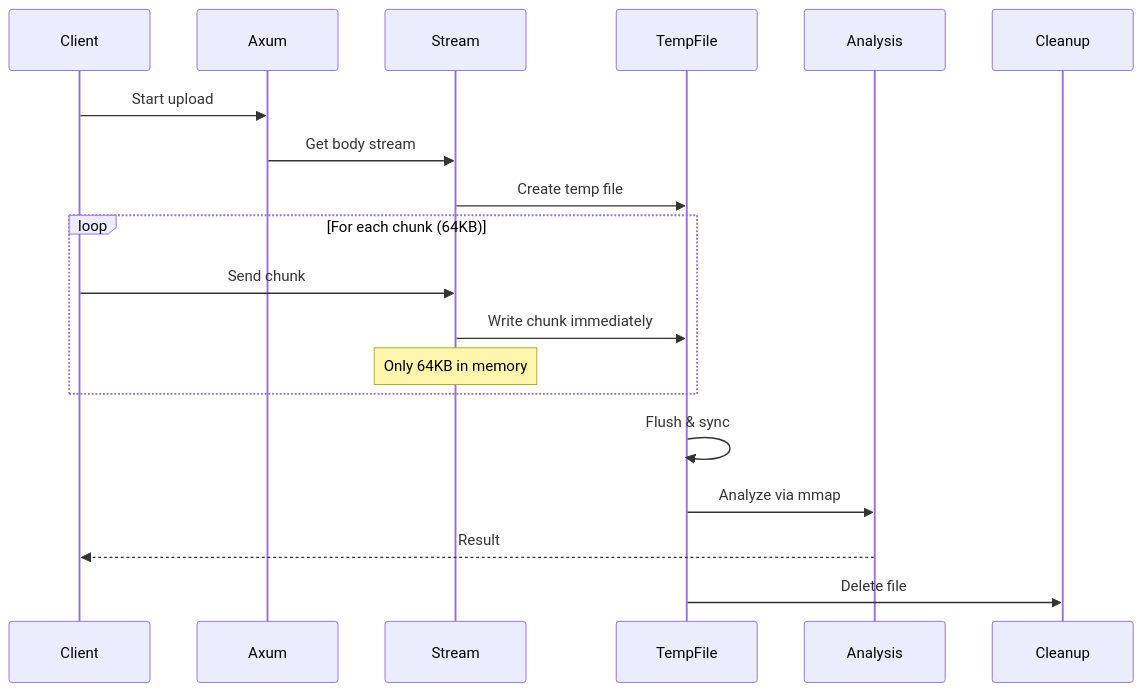
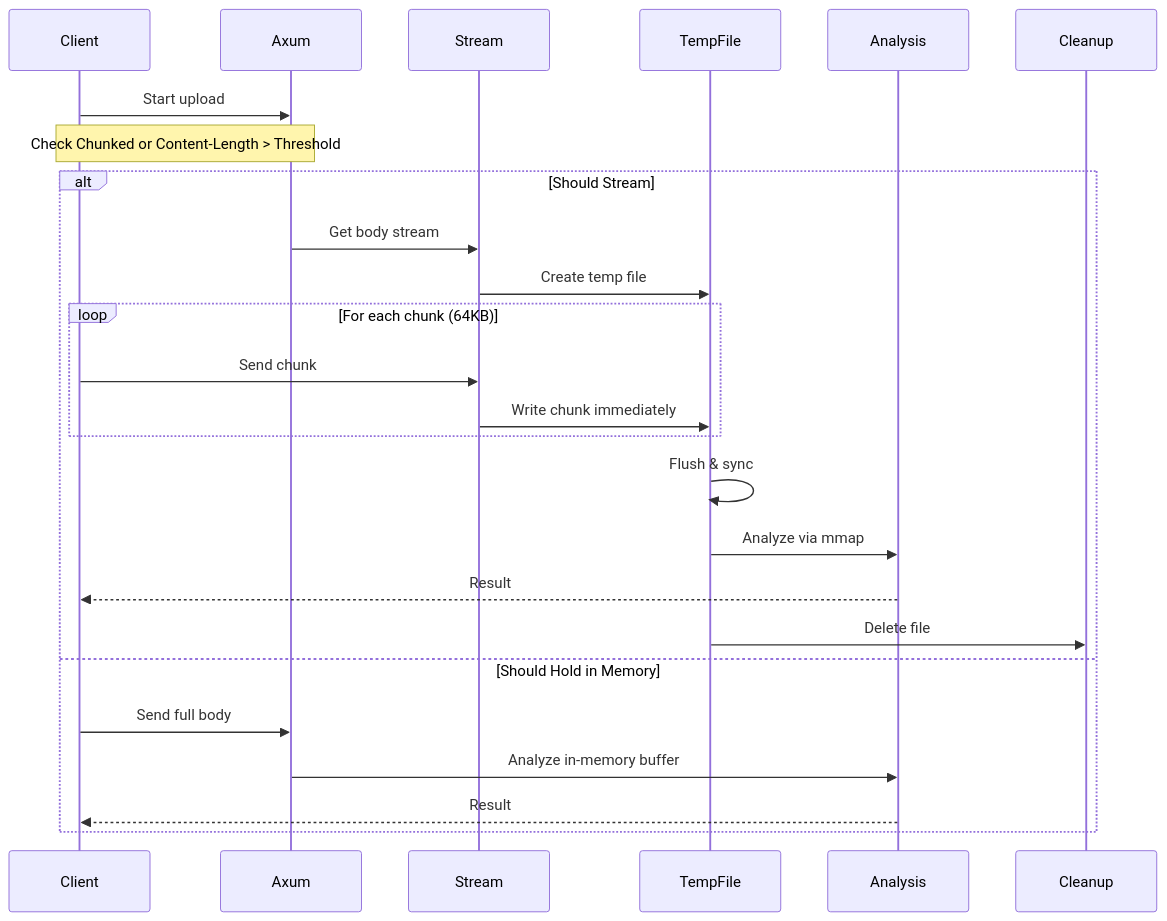
One commit to photom/magicer changed diagram 16 of 49 in docs/explanation/ARCHITECTURE.md. Above: the diagram before and after it, drawn with Mermaid. The commit also changed other lines of this file and 7 other files, not shown here.

````diff
--- a/docs/explanation/ARCHITECTURE.md
+++ b/docs/explanation/ARCHITECTURE.md
@@ -939,24 +945,31 @@
 ```mermaid
 sequenceDiagram
     participant Client
     participant Axum
     participant Stream
     participant TempFile
     participant Analysis
     participant Cleanup
     
     Client->>Axum: Start upload
-    Axum->>Stream: Get body stream
-    Stream->>TempFile: Create temp file
+    Note over Client,Axum: Check Chunked or Content-Length > Threshold
     
-    loop For each chunk (64KB)
-        Client->>Stream: Send chunk
-        Stream->>TempFile: Write chunk immediately
-        Note over Stream: Only 64KB in memory
+    alt Should Stream
+        Axum->>Stream: Get body stream
+        Stream->>TempFile: Create temp file
+        
+        loop For each chunk (64KB)
+            Client->>Stream: Send chunk
+            Stream->>TempFile: Write chunk immediately
+        end
+        
+        TempFile->>TempFile: Flush & sync
+        TempFile->>Analysis: Analyze via mmap
+        Analysis-->>Client: Result
+        TempFile->>Cleanup: Delete file
+    else Should Hold in Memory
+        Client->>Axum: Send full body
+        Axum->>Analysis: Analyze in-memory buffer
+        Analysis-->>Client: Result
     end
-    
-    TempFile->>TempFile: Flush & sync
-    TempFile->>Analysis: Analyze via mmap
-    Analysis-->>Client: Result
-    TempFile->>Cleanup: Delete file
 ```
````
